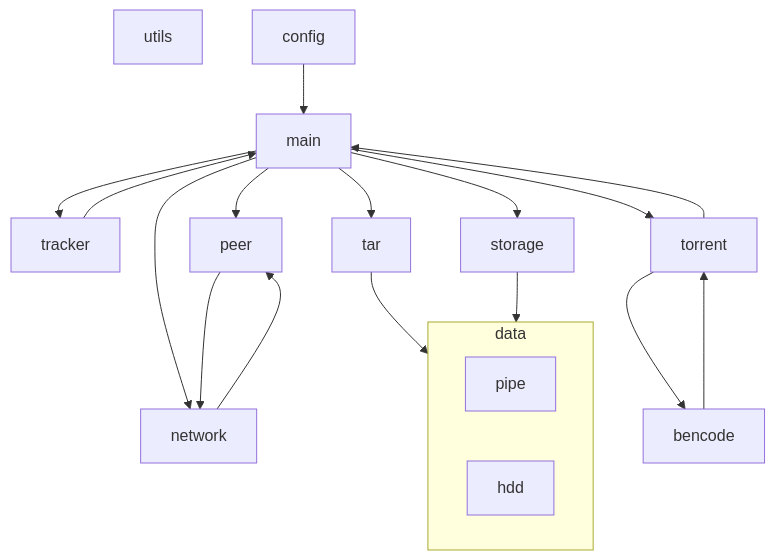
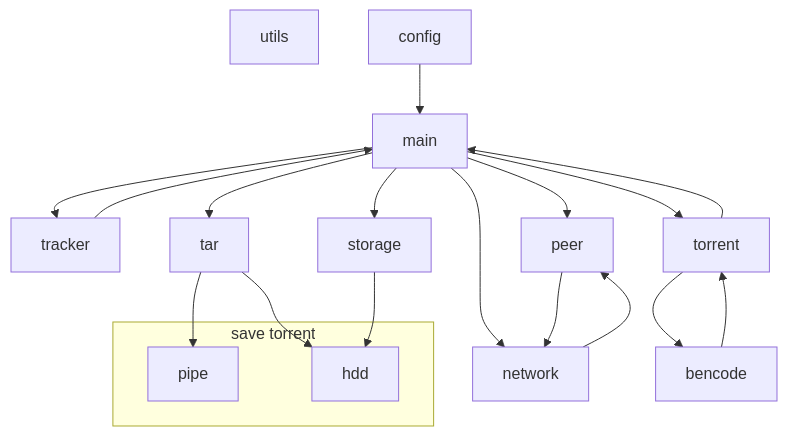
One commit to molnija3d/C-2025-09-EVGENIY-Z changed the diagram in FINAL/README.MD. Above: the diagram before and after it, drawn with Mermaid.

Commit message:
working on markdown

````diff
--- a/FINAL/README.MD
+++ b/FINAL/README.MD
@@ -142,23 +142,24 @@
 ```mermaid
 flowchart TD
  utils
  config --> main
  main --> tracker
  main --> peer
  main --> storage
  main --> tar
  main --> torrent
  main --> network
  tracker --> main
  torrent --> bencode
  torrent --> main
  network --> peer
  peer --> network
  bencode --> torrent
- tar --> data
- storage --> data 
-subgraph data
+ tar --> pipe
+ tar --> hdd
+ storage --> hdd 
+subgraph "save torrent" 
  pipe
  hdd
  end
 ```
````
